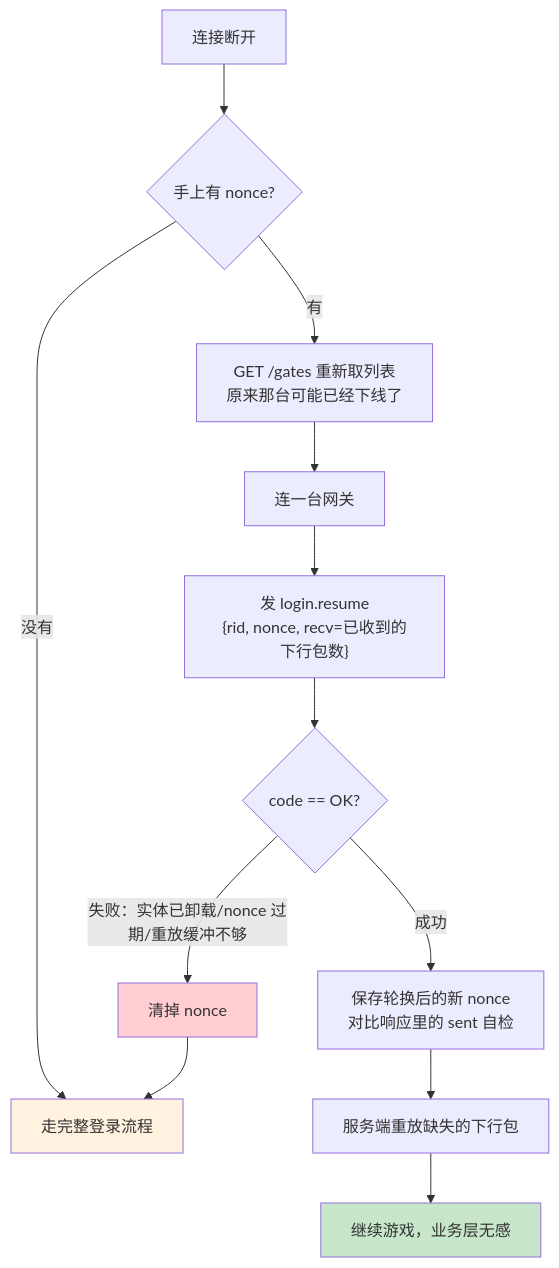
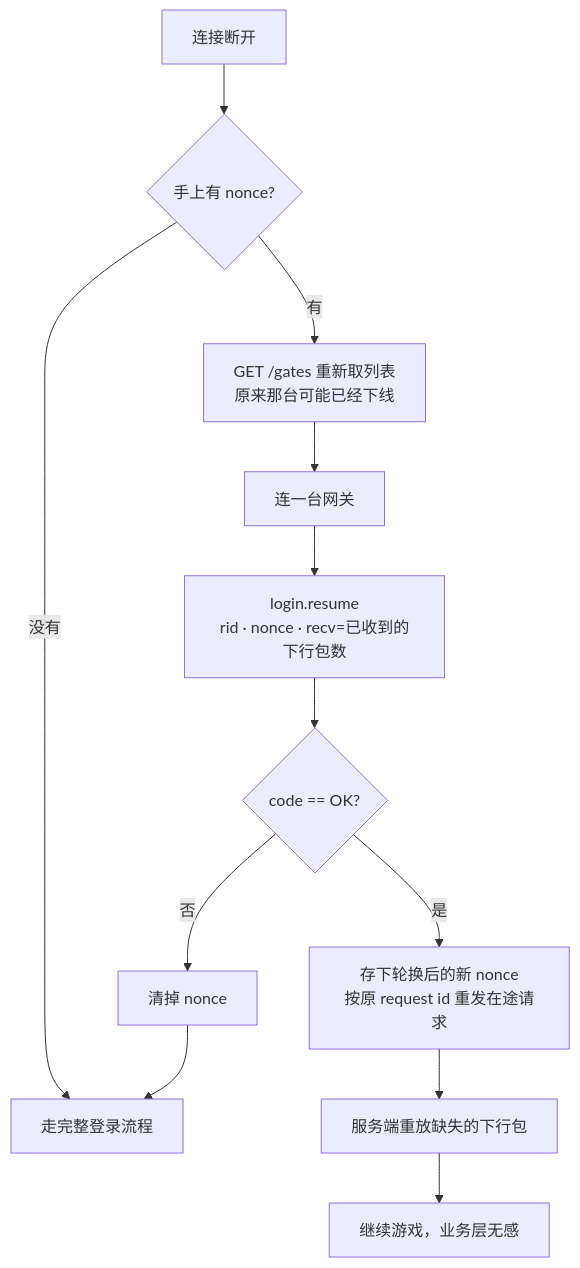
The third of 3 diagrams in docs/guide/login_diagram.md (hanxi/skyext), drawn with Mermaid before and after one commit. The commit also changed other lines of this file and 30 other files, not shown here.

First line of the commit message:
docs: 全面对照代码核对文档，统一用 mermaid 图并去重

````diff
--- a/docs/guide/login_diagram.md
+++ b/docs/guide/login_diagram.md
@@ -73,18 +85,14 @@
 ```mermaid
 flowchart TD
     D0[连接断开] --> D1{手上有 nonce?}
     D1 -->|没有| FL[走完整登录流程]
-    D1 -->|有| D2["GET /gates 重新取列表<br/>原来那台可能已经下线了"]
+    D1 -->|有| D2["GET /gates 重新取列表<br/>原来那台可能已经下线"]
     D2 --> D3[连一台网关]
-    D3 --> D4["发 login.resume<br/>{rid, nonce, recv=已收到的下行包数}"]
-
+    D3 --> D4["login.resume<br/>rid · nonce · recv=已收到的下行包数"]
     D4 --> D5{code == OK?}
-    D5 -->|失败：实体已卸载/nonce 过期/重放缓冲不够| CL[清掉 nonce] --> FL
-    D5 -->|成功| D6["保存轮换后的新 nonce<br/>对比响应里的 sent 自检"]
+    D5 -->|否| CL[清掉 nonce]
+    CL --> FL
+    D5 -->|是| D6["存下轮换后的新 nonce<br/>按原 request id 重发在途请求"]
     D6 --> D7[服务端重放缺失的下行包]
     D7 --> D8[继续游戏，业务层无感]
-
-    style D8 fill:#c8e6c9
-    style FL fill:#fff3e0
-    style CL fill:#ffcdd2
 ```
````
